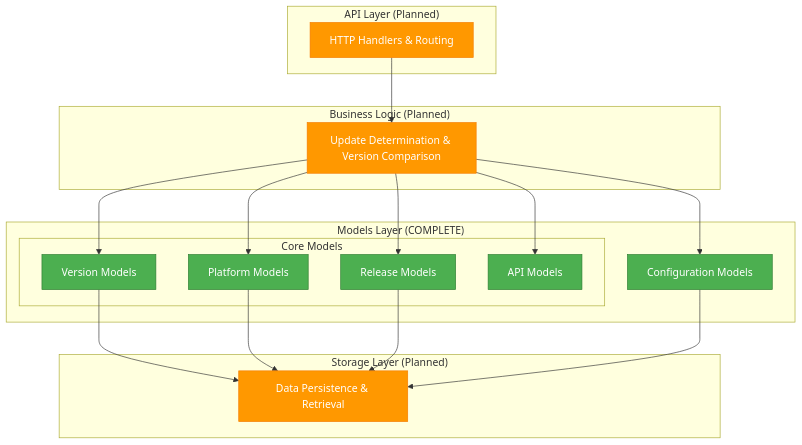
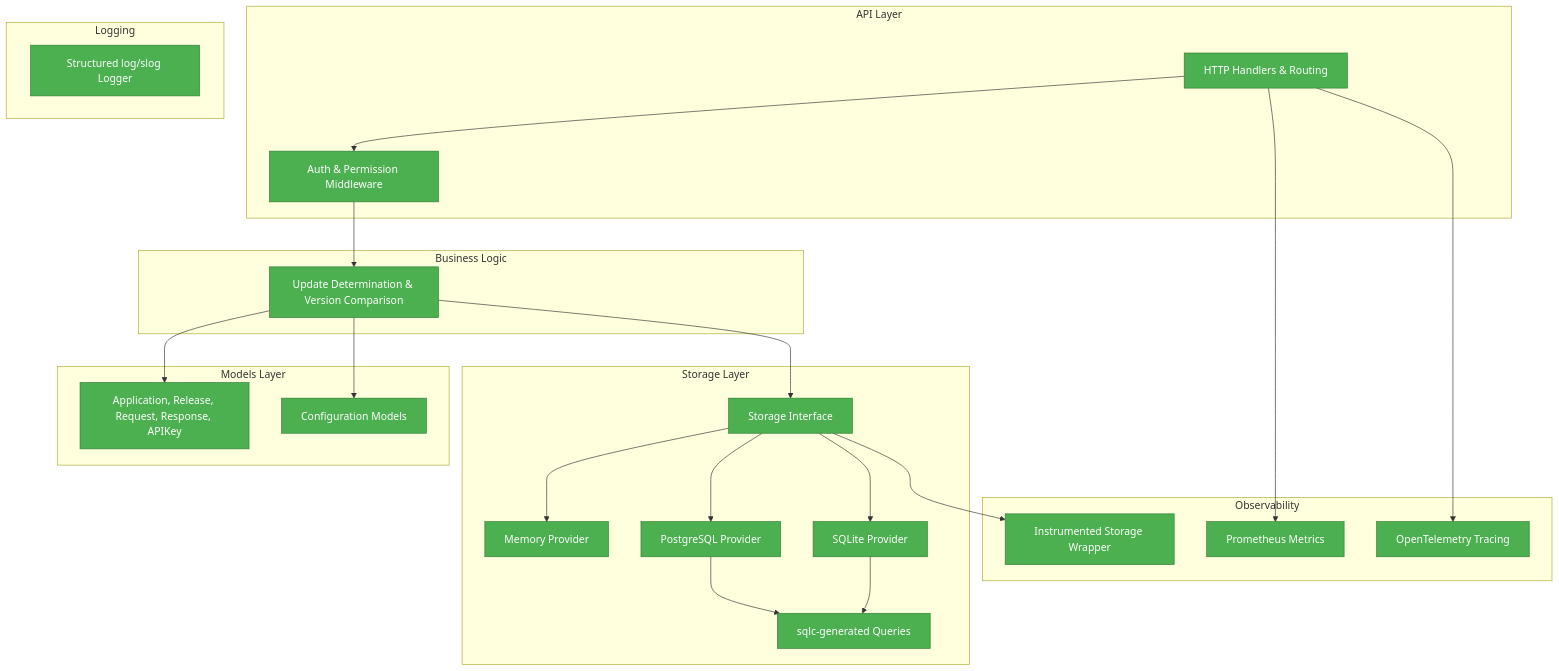
One commit to griffinskudder/updater changed the diagram in docs/index.md. Above: the diagram before and after it, drawn with Mermaid. The commit also changed other lines of this file, not shown here.

Commit message:
docs: update index.md to reflect completed implementation
All layers are now complete. Update the development status table,
architecture diagram, key features, and API endpoint list to
accurately reflect the current state of the service.

````diff
--- a/docs/index.md
+++ b/docs/index.md
@@ -55,41 +59,51 @@
 ```mermaid
 graph TB
-    subgraph "API Layer (Planned)"
+    subgraph "API Layer"
         api[HTTP Handlers & Routing]
+        mw[Auth & Permission Middleware]
     end
 
-    subgraph "Business Logic (Planned)"
+    subgraph "Business Logic"
         logic[Update Determination & Version Comparison]
     end
 
-    subgraph "Models Layer (COMPLETE)"
-        subgraph "Core Models"
-            version[Version Models]
-            platform[Platform Models]
-            release[Release Models]
-            apimodels[API Models]
-        end
+    subgraph "Models Layer"
+        models[Application, Release, Request, Response, APIKey]
         config[Configuration Models]
     end
 
-    subgraph "Storage Layer (Planned)"
-        storage[Data Persistence & Retrieval]
+    subgraph "Storage Layer"
+        iface[Storage Interface]
+        mem[Memory Provider]
+        pg[PostgreSQL Provider]
+        sqlite[SQLite Provider]
+        sqlc[sqlc-generated Queries]
     end
 
-    api --> logic
-    logic --> version
-    logic --> platform
-    logic --> release
-    logic --> apimodels
+    subgraph "Observability"
+        metrics[Prometheus Metrics]
+        tracing[OpenTelemetry Tracing]
+        instStorage[Instrumented Storage Wrapper]
+    end
+
+    subgraph "Logging"
+        logger[Structured log/slog Logger]
+    end
+
+    api --> mw
+    mw --> logic
+    logic --> models
     logic --> config
-    version --> storage
-    platform --> storage
-    release --> storage
-    config --> storage
+    logic --> iface
+    iface --> mem
+    iface --> pg
+    iface --> sqlite
+    pg --> sqlc
+    sqlite --> sqlc
+    api --> metrics
+    api --> tracing
+    iface --> instStorage
 
     classDef complete fill:#4caf50,stroke:#2e7d32,color:#fff
-    classDef planned fill:#ff9800,stroke:#f57c00,color:#fff
-
-    class version,platform,release,apimodels,config complete
-    class api,logic,storage planned
+    class api,mw,logic,models,config,iface,mem,pg,sqlite,sqlc,metrics,tracing,instStorage,logger complete
 ```
````
